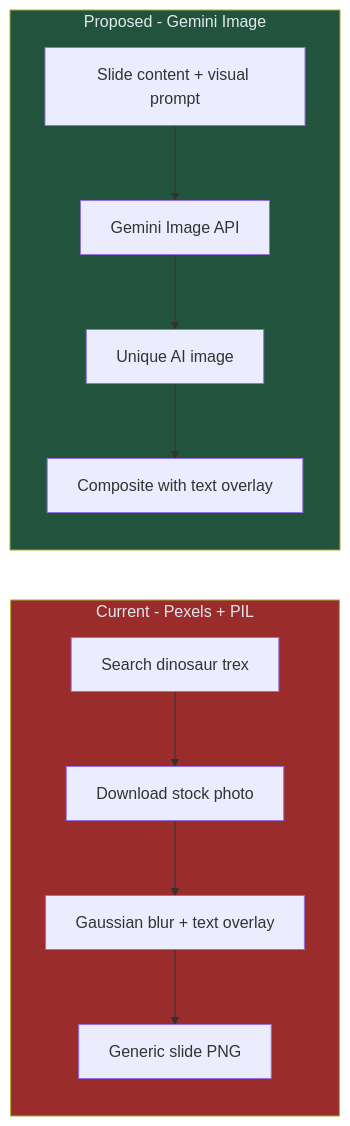
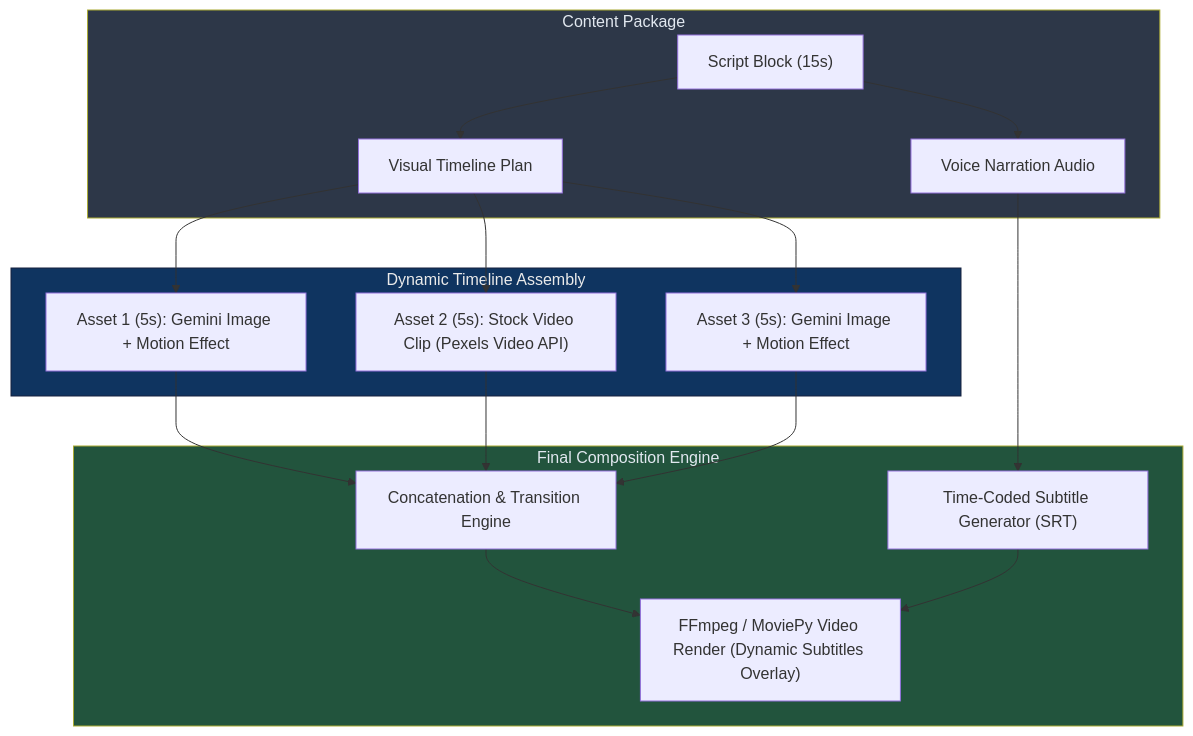
Before and after one commit to AbhinandanPun/dinopedia: the diagram in specs/spec-02-visuals-gemini.md, drawn with Mermaid. The commit also changed other lines of this file, not shown here.

Commit message:
docs: finalize decisions on sentence subtitles and b-roll caching in spec-02

````diff
--- a/specs/spec-02-visuals-gemini.md
+++ b/specs/spec-02-visuals-gemini.md
@@ -37,17 +29,23 @@
 ```mermaid
-flowchart LR
-    subgraph Current["Current - Pexels + PIL"]
-        A1["Search dinosaur trex"] --> B1["Download stock photo"]
-        B1 --> C1["Gaussian blur + text overlay"]
-        C1 --> D1["Generic slide PNG"]
+flowchart TD
+    subgraph Input["Content Package"]
+        A1["Script Block (15s)"] --> B1["Voice Narration Audio"]
+        A1 --> C1["Visual Timeline Plan"]
     end
 
-    subgraph Proposed["Proposed - Gemini Image"]
-        A2["Slide content + visual prompt"] --> B2["Gemini Image API"]
-        B2 --> C2["Unique AI image"]
-        C2 --> D2["Composite with text overlay"]
+    subgraph Timeline["Dynamic Timeline Assembly"]
+        C1 --> D1["Asset 1 (5s): Gemini Image + Motion Effect"]
+        C1 --> D2["Asset 2 (5s): Stock Video Clip (Pexels Video API)"]
+        C1 --> D3["Asset 3 (5s): Gemini Image + Motion Effect"]
     end
 
-    style Current fill:#9b2c2c,color:#e2e8f0
-    style Proposed fill:#22543d,color:#e2e8f0
+    subgraph Rendering["Final Composition Engine"]
+        D1 & D2 & D3 --> E["Concatenation & Transition Engine"]
+        B1 --> F["Time-Coded Subtitle Generator (SRT)"]
+        E & F --> G["FFmpeg / MoviePy Video Render (Dynamic Subtitles Overlay)"]
+    end
+
+    style Input fill:#2d3748,color:#e2e8f0
+    style Timeline fill:#0f3460,stroke:#16213e,color:#eaeaea
+    style Rendering fill:#22543d,color:#e2e8f0
 ```
````
